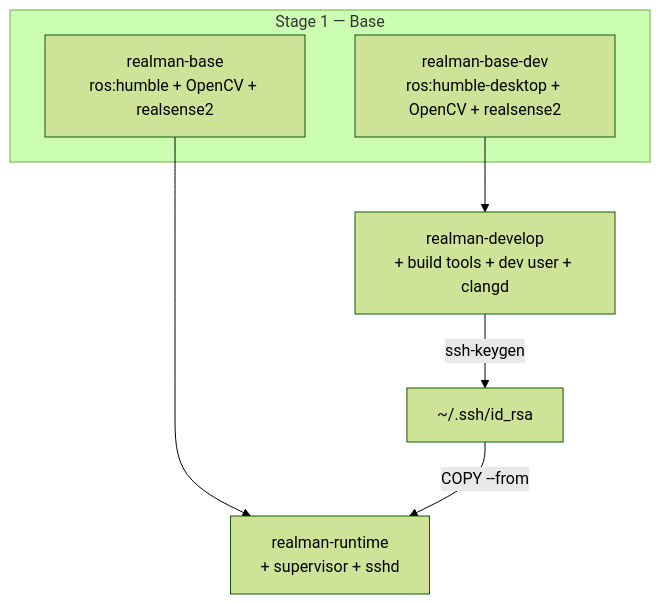
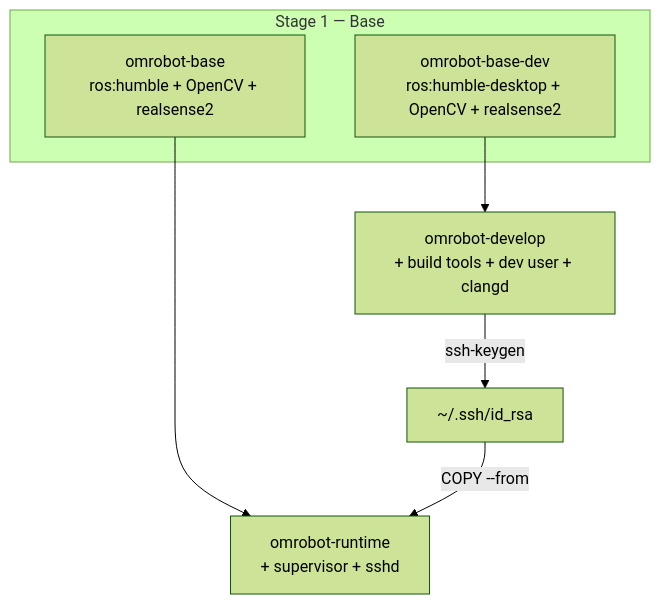
The fourth of 4 diagrams in README.md (sunyuming53-byte/the_first_box), drawn with Mermaid (forest theme) before and after one commit. The commit also changed other lines of this file and 22 other files, not shown here.

````diff
--- a/README.md
+++ b/README.md
@@ -625,13 +625,13 @@
 ```mermaid
 flowchart TD
     subgraph Base["Stage 1 — Base"]
-        B1["realman-base-dev<br/>ros:humble-desktop + OpenCV + realsense2"]
-        B2["realman-base<br/>ros:humble + OpenCV + realsense2"]
+        B1["omrobot-base-dev<br/>ros:humble-desktop + OpenCV + realsense2"]
+        B2["omrobot-base<br/>ros:humble + OpenCV + realsense2"]
     end
 
-    B1 --> Dev["realman-develop<br/>+ build tools + dev user + clangd"]
-    B2 --> Runtime["realman-runtime<br/>+ supervisor + sshd"]
+    B1 --> Dev["omrobot-develop<br/>+ build tools + dev user + clangd"]
+    B2 --> Runtime["omrobot-runtime<br/>+ supervisor + sshd"]
 
     Dev -->|ssh-keygen| Key["~/.ssh/id_rsa"]
     Key -->|COPY --from| Runtime
 ```
````
